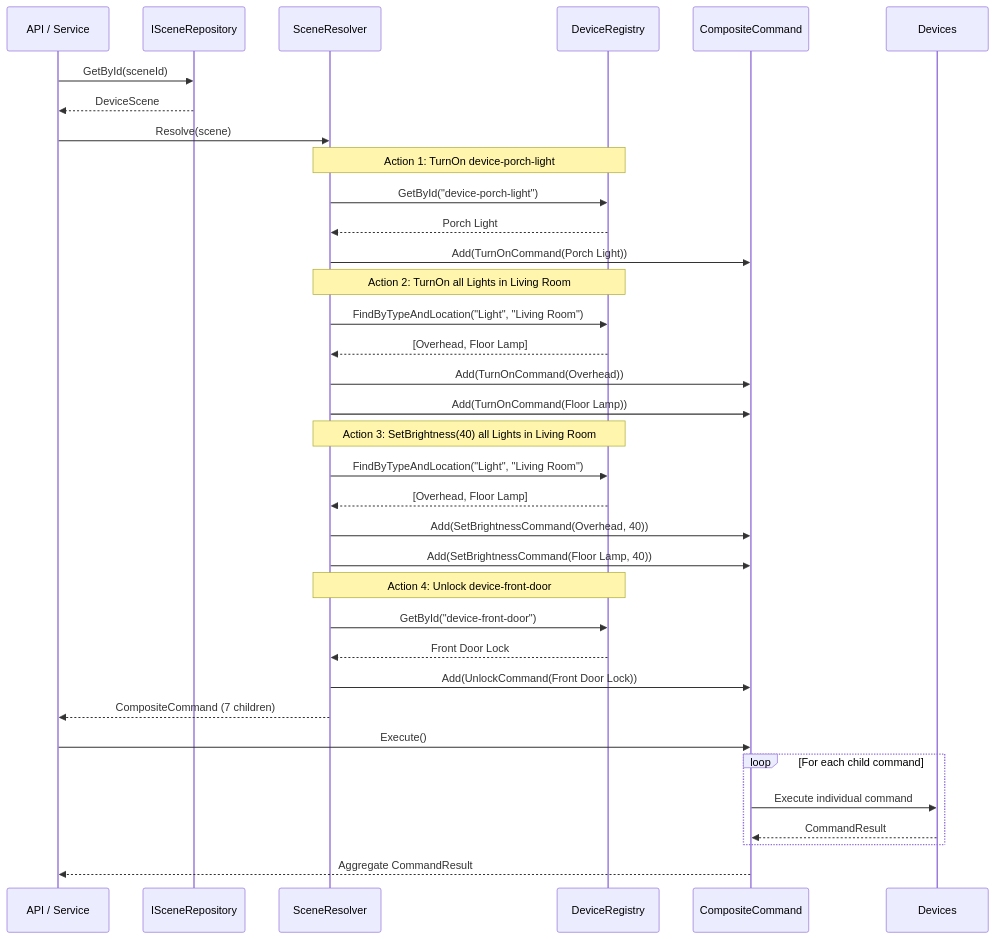
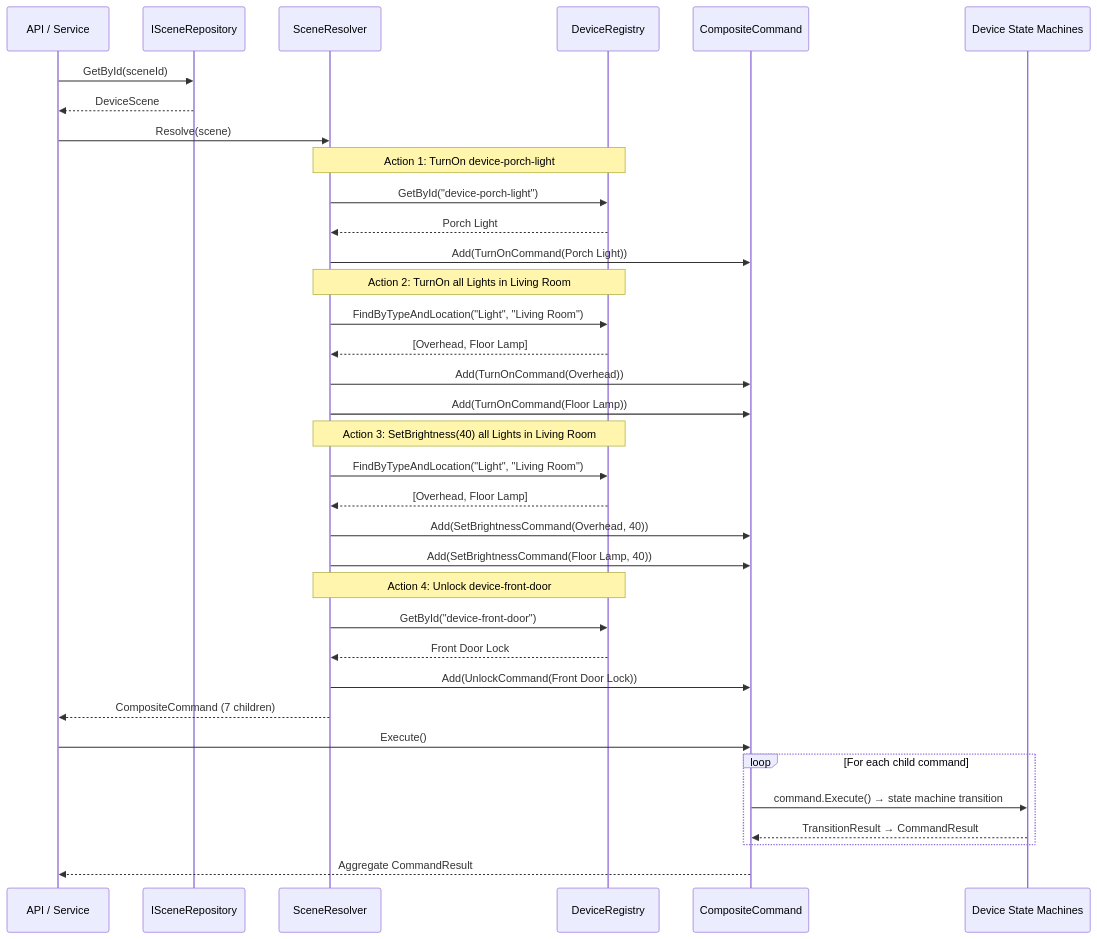
Diagram 22 of 35 in presentations/15-command-and-composite-patterns.md (jeff-adkisson/swe-4743-spring-2026-oo-design), drawn with Mermaid before and after one commit. The commit also changed other lines of this file, not shown here.

Commit message:
Updated state machine relationship to command

````diff
--- a/presentations/15-command-and-composite-patterns.md
+++ b/presentations/15-command-and-composite-patterns.md
@@ -822,45 +843,45 @@
 ```mermaid
 sequenceDiagram
     participant API as API / Service
     participant Repo as ISceneRepository
     participant Resolver as SceneResolver
     participant Registry as DeviceRegistry
     participant Tree as CompositeCommand
-    participant Device as Devices
+    participant SM as Device State Machines
 
     API->>Repo: GetById(sceneId)
     Repo-->>API: DeviceScene
 
     API->>Resolver: Resolve(scene)
 
     Note over Resolver,Registry: Action 1: TurnOn device-porch-light
     Resolver->>Registry: GetById("device-porch-light")
     Registry-->>Resolver: Porch Light
     Resolver->>Tree: Add(TurnOnCommand(Porch Light))
 
     Note over Resolver,Registry: Action 2: TurnOn all Lights in Living Room
     Resolver->>Registry: FindByTypeAndLocation("Light", "Living Room")
     Registry-->>Resolver: [Overhead, Floor Lamp]
     Resolver->>Tree: Add(TurnOnCommand(Overhead))
     Resolver->>Tree: Add(TurnOnCommand(Floor Lamp))
 
     Note over Resolver,Registry: Action 3: SetBrightness(40) all Lights in Living Room
     Resolver->>Registry: FindByTypeAndLocation("Light", "Living Room")
     Registry-->>Resolver: [Overhead, Floor Lamp]
     Resolver->>Tree: Add(SetBrightnessCommand(Overhead, 40))
     Resolver->>Tree: Add(SetBrightnessCommand(Floor Lamp, 40))
 
     Note over Resolver,Registry: Action 4: Unlock device-front-door
     Resolver->>Registry: GetById("device-front-door")
     Registry-->>Resolver: Front Door Lock
     Resolver->>Tree: Add(UnlockCommand(Front Door Lock))
 
     Resolver-->>API: CompositeCommand (7 children)
 
     API->>Tree: Execute()
     loop For each child command
-        Tree->>Device: Execute individual command
-        Device-->>Tree: CommandResult
+        Tree->>SM: command.Execute() → state machine transition
+        SM-->>Tree: TransitionResult → CommandResult
     end
     Tree-->>API: Aggregate CommandResult
 ```
````
